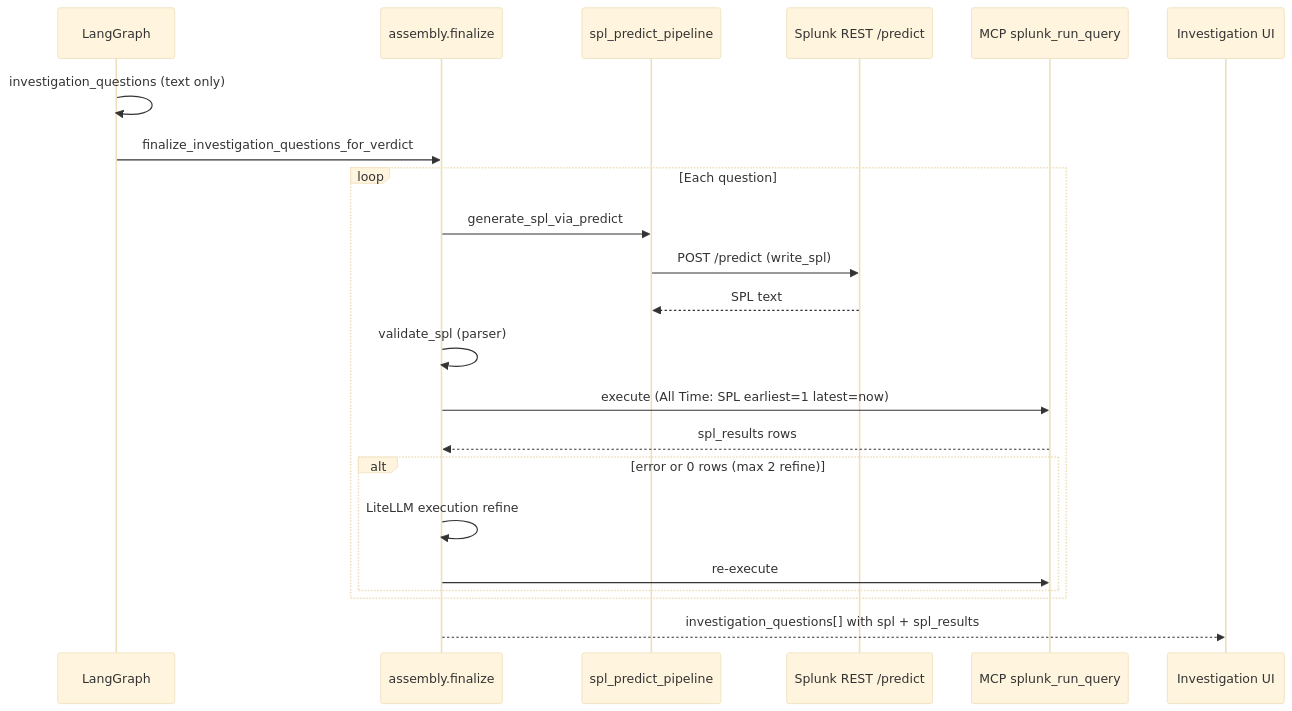
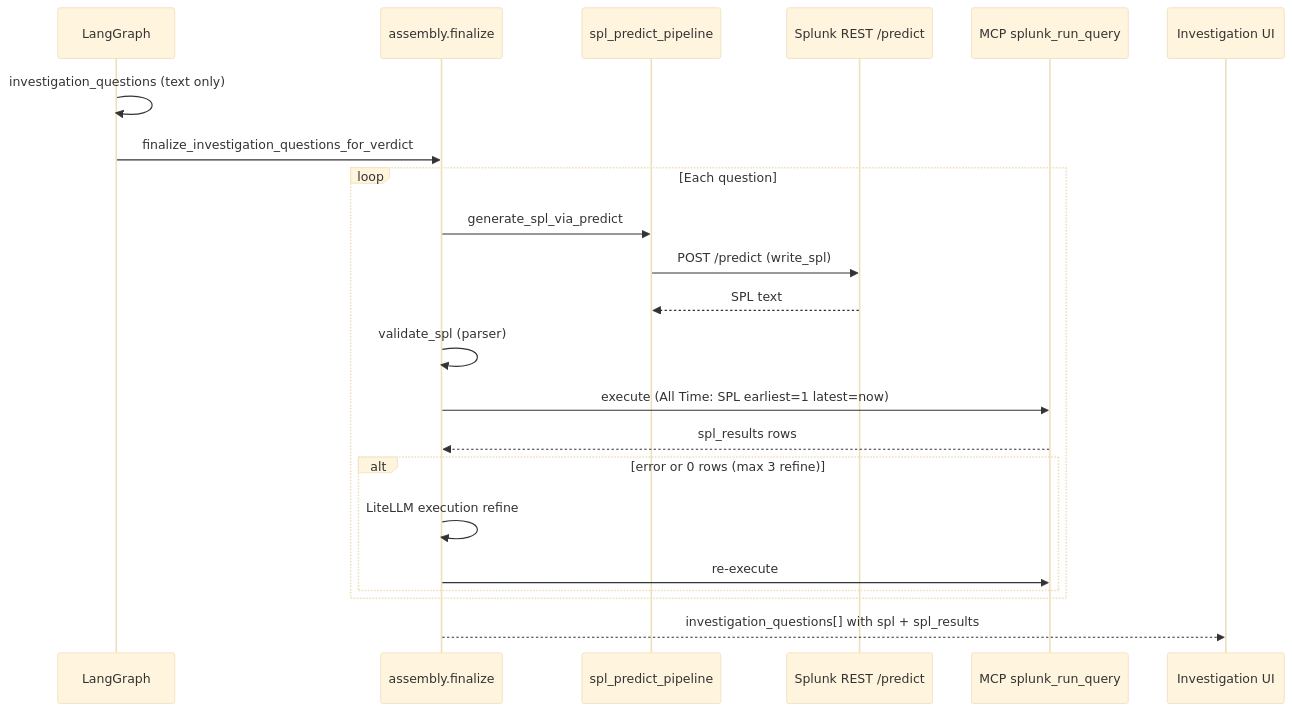
One commit to Sepideh-Asadollahi/ThinkingSOC-splunk-hackathon changed the first of 3 diagrams in docs/13-cim-investigation-spl-mcp.md. Above: the diagram before and after it, drawn with Mermaid (base theme). The commit also changed other lines of this file and 169 other files, not shown here.

````diff
--- a/docs/13-cim-investigation-spl-mcp.md
+++ b/docs/13-cim-investigation-spl-mcp.md
@@ -26,25 +26,25 @@
 ```mermaid
 sequenceDiagram
   participant G as LangGraph
   participant A as assembly.finalize
   participant P as spl_predict_pipeline
   participant SAIA as Splunk REST /predict
   participant M as MCP splunk_run_query
   participant UI as Investigation UI
 
   G->>G: investigation_questions (text only)
   G->>A: finalize_investigation_questions_for_verdict
   loop Each question
     A->>P: generate_spl_via_predict
     P->>SAIA: POST /predict (write_spl)
     SAIA-->>P: SPL text
     A->>A: validate_spl (parser)
     A->>M: execute (All Time: SPL earliest=1 latest=now)
     M-->>A: spl_results rows
-    alt error or 0 rows (max 2 refine)
+    alt error or 0 rows (max 3 refine)
       A->>A: LiteLLM execution refine
       A->>M: re-execute
     end
   end
   A-->>UI: investigation_questions[] with spl + spl_results
 ```
````
